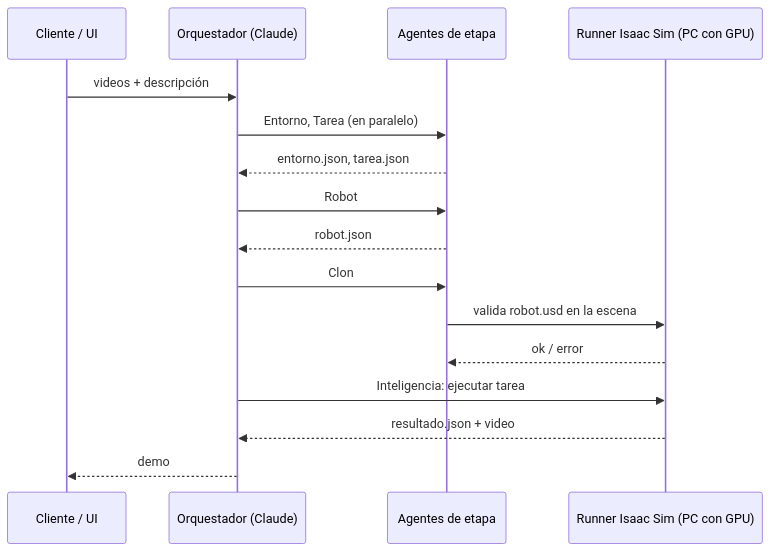
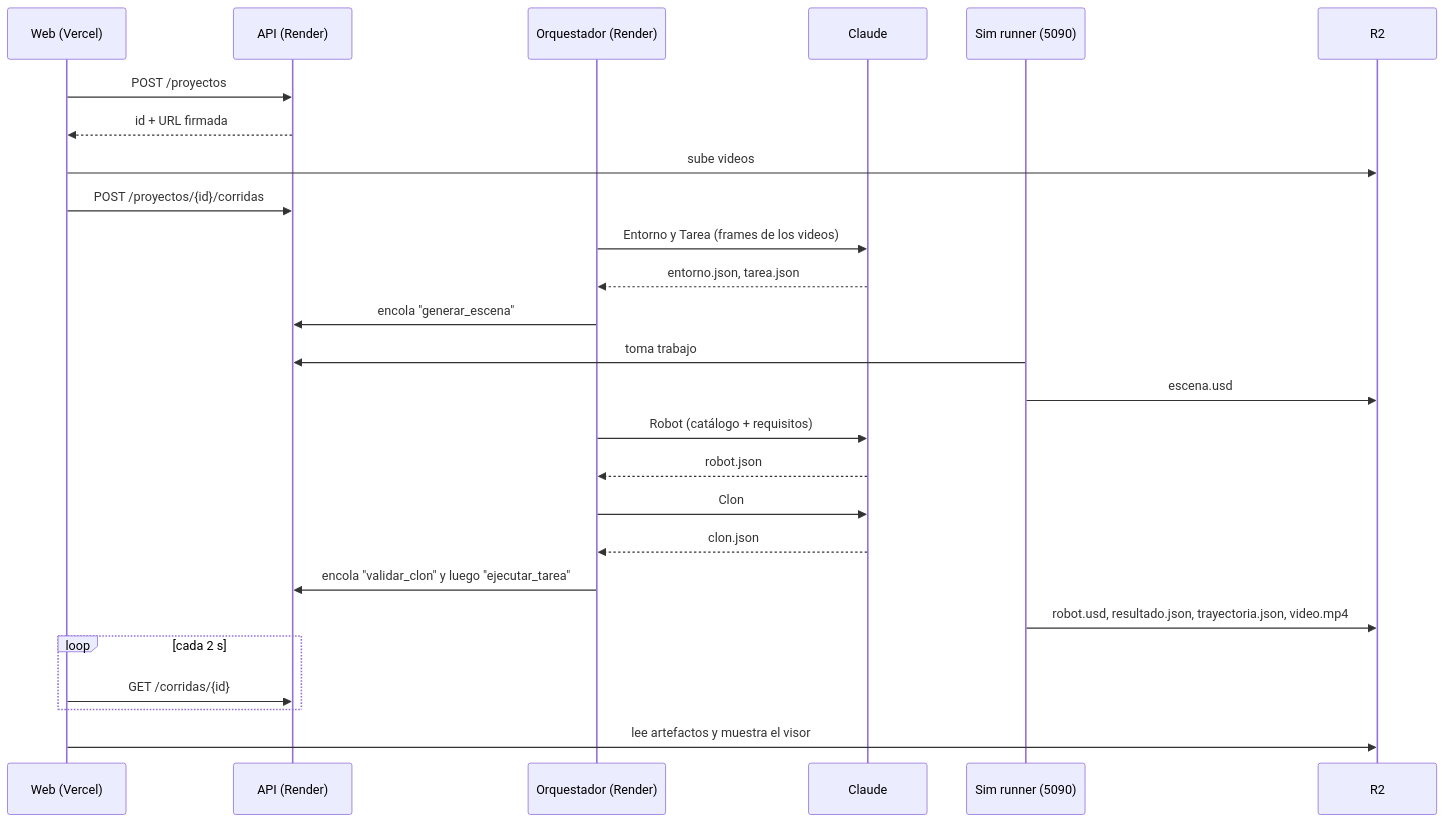
Before and after one commit to platanus-hack/platanus-hack-26-cl-team-4: the third of 5 diagrams in docs/arquitectura.md, drawn with Mermaid. The commit also changed other lines of this file and 1 other file, not shown here.

First line of the commit message:
docs: arquitectura web + nube (Vercel, Render, RTX 5090)

````diff
--- a/docs/arquitectura.md
+++ b/docs/arquitectura.md
@@ -38,18 +93,28 @@
 ```mermaid
 sequenceDiagram
-  participant U as Cliente / UI
-  participant O as Orquestador (Claude)
-  participant A as Agentes de etapa
-  participant S as Runner Isaac Sim (PC con GPU)
-  U->>O: videos + descripción
-  O->>A: Entorno, Tarea (en paralelo)
-  A-->>O: entorno.json, tarea.json
-  O->>A: Robot
-  A-->>O: robot.json
-  O->>A: Clon
-  A->>S: valida robot.usd en la escena
-  S-->>A: ok / error
-  O->>S: Inteligencia: ejecutar tarea
-  S-->>O: resultado.json + video
-  O-->>U: demo
+  participant W as Web (Vercel)
+  participant A as API (Render)
+  participant O as Orquestador (Render)
+  participant C as Claude
+  participant G as Sim runner (5090)
+  participant S as R2
+  W->>A: POST /proyectos
+  A-->>W: id + URL firmada
+  W->>S: sube videos
+  W->>A: POST /proyectos/{id}/corridas
+  O->>C: Entorno y Tarea (frames de los videos)
+  C-->>O: entorno.json, tarea.json
+  O->>A: encola "generar_escena"
+  G->>A: toma trabajo
+  G->>S: escena.usd
+  O->>C: Robot (catálogo + requisitos)
+  C-->>O: robot.json
+  O->>C: Clon
+  C-->>O: clon.json
+  O->>A: encola "validar_clon" y luego "ejecutar_tarea"
+  G->>S: robot.usd, resultado.json, trayectoria.json, video.mp4
+  loop cada 2 s
+    W->>A: GET /corridas/{id}
+  end
+  W->>S: lee artefactos y muestra el visor
 ```
````
